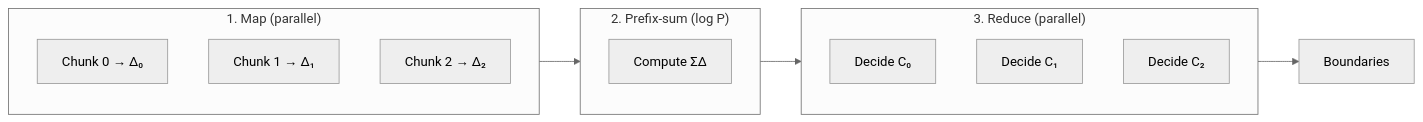
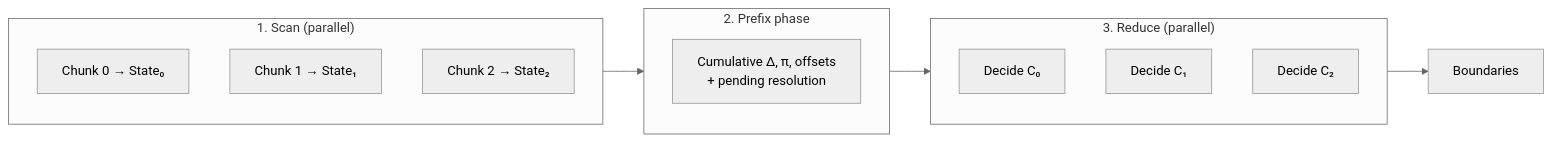
Before and after one commit to sog4be/sakurs: the diagram in docs/DELTA_STACK_ALGORITHM.md, drawn with Mermaid (neutral theme). The commit also changed other lines of this file and 1 other file, not shown here.

````diff
--- a/docs/DELTA_STACK_ALGORITHM.md
+++ b/docs/DELTA_STACK_ALGORITHM.md
@@ -128,20 +185,20 @@
 ```mermaid
 flowchart LR
-    subgraph Map["1. Map (parallel)"]
-        C0["Chunk 0 → Δ₀"]
-        C1["Chunk 1 → Δ₁"]
-        C2["Chunk 2 → Δ₂"]
+    subgraph Map["1. Scan (parallel)"]
+        C0["Chunk 0 → State₀"]
+        C1["Chunk 1 → State₁"]
+        C2["Chunk 2 → State₂"]
     end
-    
-    subgraph Prefix["2. Prefix-sum (log P)"]
-        PS["Compute ΣΔ"]
+
+    subgraph Prefix["2. Prefix phase"]
+        PS["Cumulative Δ, π, offsets<br/>+ pending resolution"]
     end
-    
+
     subgraph Reduce["3. Reduce (parallel)"]
         R0["Decide C₀"]
         R1["Decide C₁"]
         R2["Decide C₂"]
     end
-    
+
     Map --> Prefix --> Reduce --> Result["Boundaries"]
 ```
````
